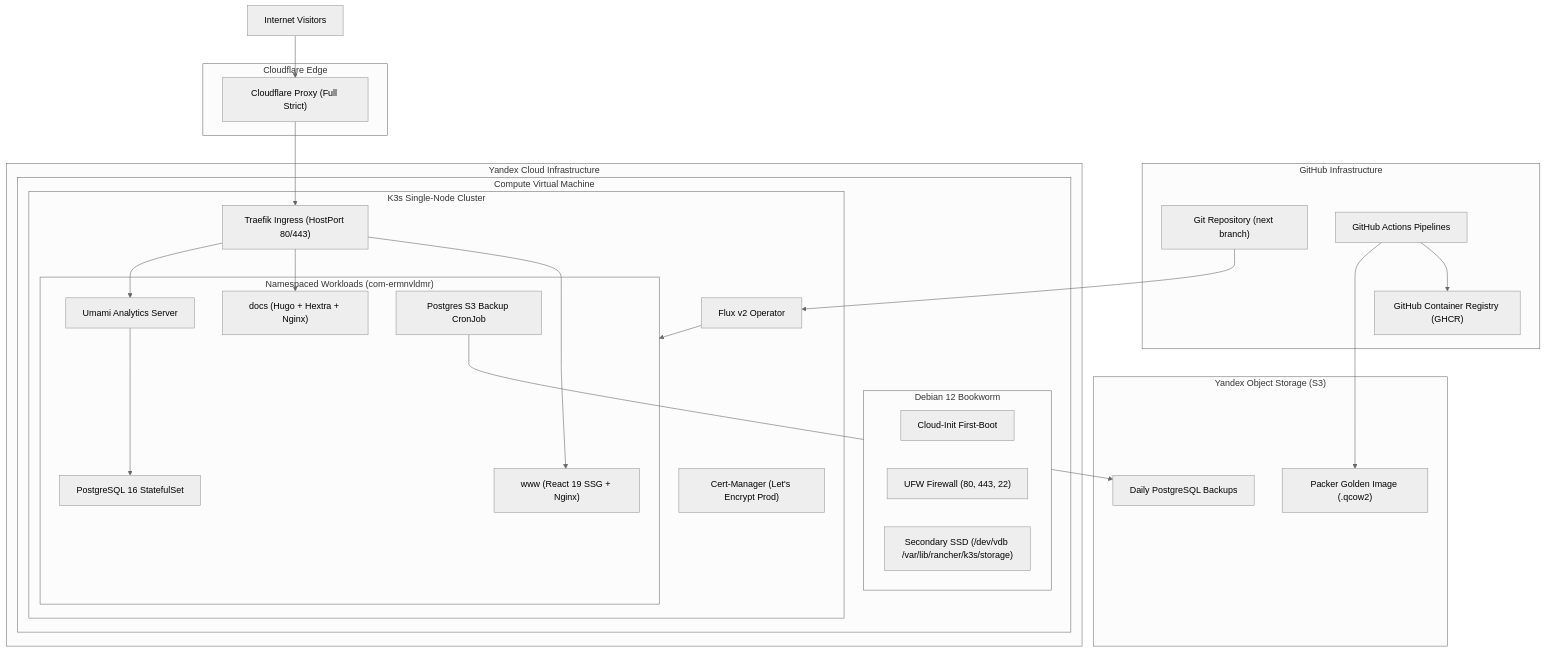
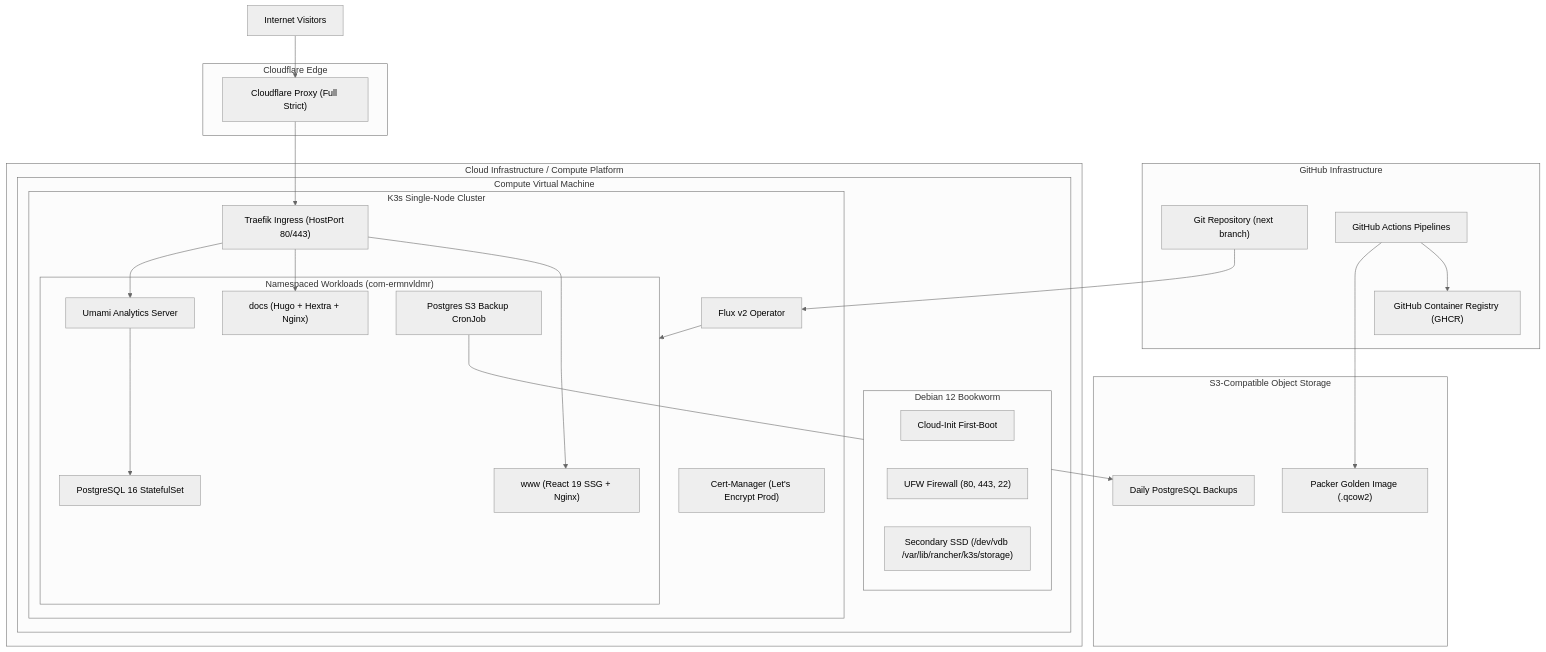
One commit to deytenit/ermnvldmr.com changed the diagram in services/docs/content/en/ermnvldmr/architecture.md. Above: the diagram before and after it, drawn with Mermaid (neutral theme). The commit also changed other lines of this file and 5 other files, not shown here.

Commit message:
docs: sanitize docs to ensure generic cloud-agnostic architecture and remove specific keys/IPs

````diff
--- a/services/docs/content/en/ermnvldmr/architecture.md
+++ b/services/docs/content/en/ermnvldmr/architecture.md
@@ -13,53 +13,53 @@
 ```mermaid
 flowchart TD
     subgraph GitHub ["GitHub Infrastructure"]
         Repo["Git Repository (next branch)"]
         Workflows["GitHub Actions Pipelines"]
         GHCR["GitHub Container Registry (GHCR)"]
     end
 
-    subgraph S3 ["Yandex Object Storage (S3)"]
+    subgraph S3 ["S3-Compatible Object Storage"]
         GoldenImage["Packer Golden Image (.qcow2)"]
         Backups["Daily PostgreSQL Backups"]
     end
 
-    subgraph YandexCloud ["Yandex Cloud Infrastructure"]
+    subgraph Cloud ["Cloud Infrastructure / Compute Platform"]
         subgraph VM ["Compute Virtual Machine"]
             subgraph OS ["Debian 12 Bookworm"]
                 CloudInit["Cloud-Init First-Boot"]
                 UFW["UFW Firewall (80, 443, 22)"]
                 SSD["Secondary SSD (/dev/vdb /var/lib/rancher/k3s/storage)"]
             end
 
             subgraph K3s ["K3s Single-Node Cluster"]
                 Flux["Flux v2 Operator"]
                 Traefik["Traefik Ingress (HostPort 80/443)"]
                 CertManager["Cert-Manager (Let's Encrypt Prod)"]
                 
                 subgraph Apps ["Namespaced Workloads (com-ermnvldmr)"]
                     WWW["www (React 19 SSG + Nginx)"]
                     Docs["docs (Hugo + Hextra + Nginx)"]
                     Postgres["PostgreSQL 16 StatefulSet"]
                     Umami["Umami Analytics Server"]
                     BackupCron["Postgres S3 Backup CronJob"]
                 end
             end
         end
     end
 
     subgraph Edge ["Cloudflare Edge"]
         CF["Cloudflare Proxy (Full Strict)"]
     end
 
     Users["Internet Visitors"] --> CF
     CF --> Traefik
     Traefik --> WWW
     Traefik --> Docs
     Traefik --> Umami
     Umami --> Postgres
     BackupCron --> Backups
     Workflows --> GHCR
     Workflows --> GoldenImage
     Repo --> Flux
     Flux --> Apps
 ```
````
